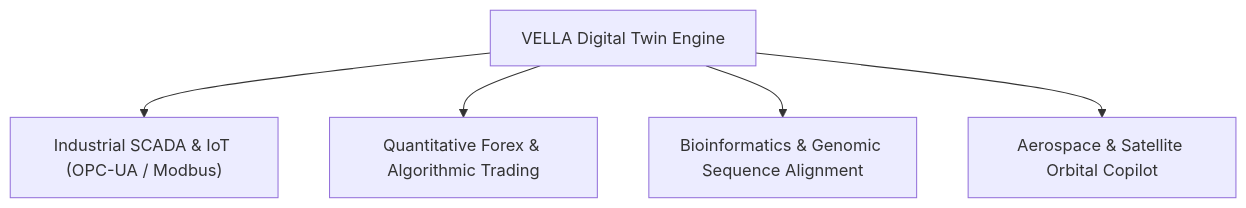
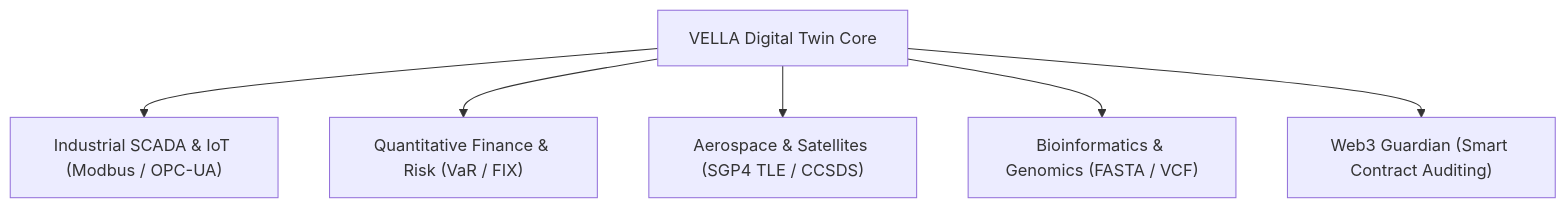
The fifth of 5 diagrams in docs/TGS_MASTERCLASS_COURSE.md (CharleGutierrez/tagisan), drawn with Mermaid before and after one commit. The commit also changed other lines of this file and 4 other files, not shown here.

Commit message:
docs: rewrite TGS Master Class Course with all ecosystem features, 150 scenarios, diagrams, and 32-page publication PDF

````diff
--- a/docs/TGS_MASTERCLASS_COURSE.md
+++ b/docs/TGS_MASTERCLASS_COURSE.md
@@ -331,8 +323,8 @@
 ```mermaid
 flowchart TD
-    VELLA[VELLA Digital Twin Engine]
-    VELLA --> SCADA["Industrial SCADA & IoT (OPC-UA / Modbus)"]
-    VELLA --> Quant["Quantitative Forex & Algorithmic Trading"]
-    VELLA --> Bio["Bioinformatics & Genomic Sequence Alignment"]
-    VELLA --> Aero["Aerospace & Satellite Orbital Copilot"]
+    VELLA[VELLA Digital Twin Core] --> SCADA["Industrial SCADA & IoT (Modbus / OPC-UA)"]
+    VELLA --> Quant["Quantitative Finance & Risk (VaR / FIX)"]
+    VELLA --> Aero["Aerospace & Satellites (SGP4 TLE / CCSDS)"]
+    VELLA --> Bio["Bioinformatics & Genomics (FASTA / VCF)"]
+    VELLA --> Web3["Web3 Guardian (Smart Contract Auditing)"]
 ```
````
